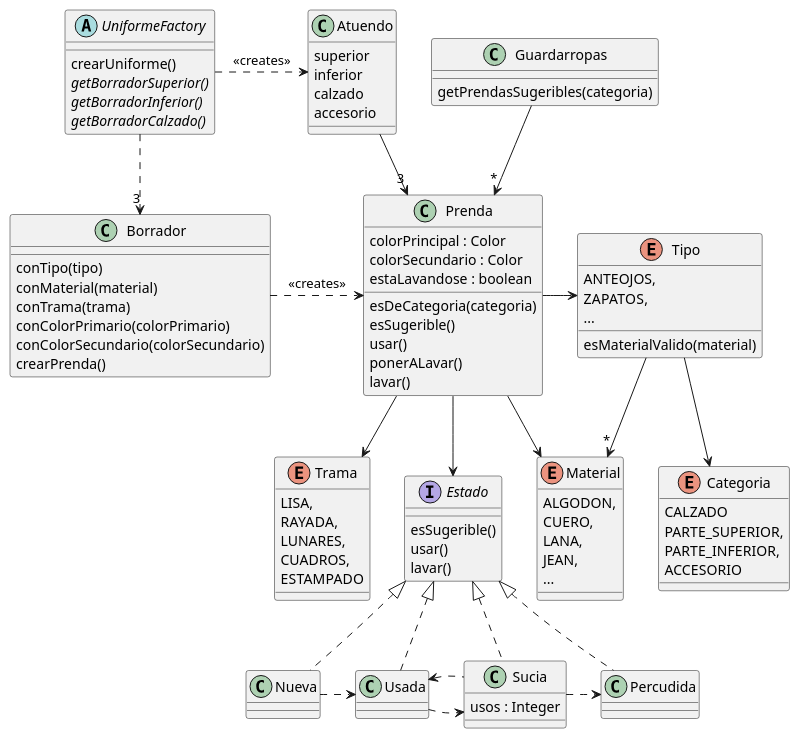
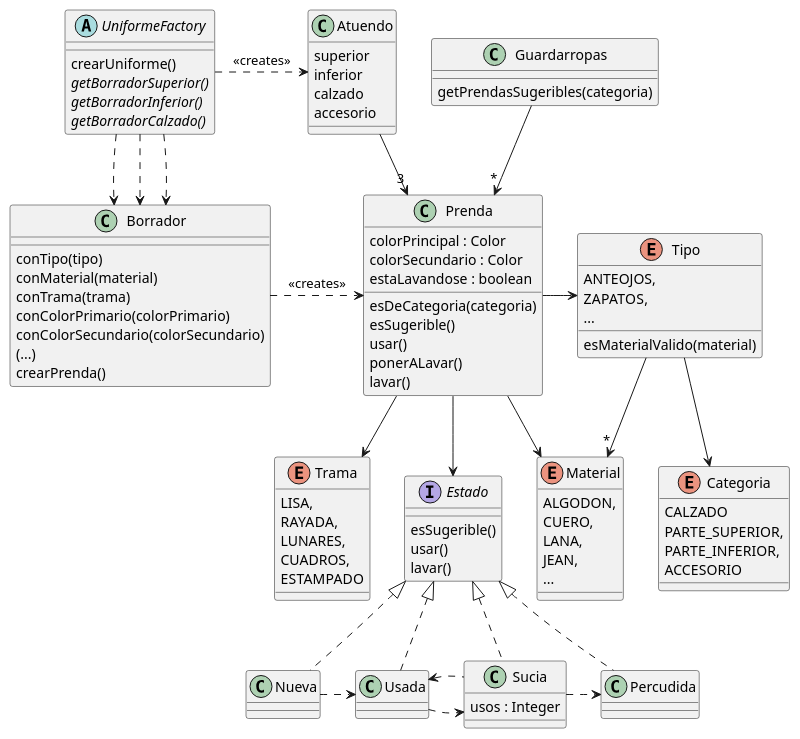
The diagram in docs/diagramas/iteracion-3.puml (RaniAgus/dds-2022), drawn with PlantUML before and after one commit. The commit also changed 1 other file, not shown here.

Commit message:
minor changes en diagramas

```diff
--- a/docs/diagramas/iteracion-3.puml
+++ b/docs/diagramas/iteracion-3.puml
@@ -1,108 +1,111 @@
 @startuml iteracion-3
 
 class Guardarropas {
   getPrendasSugeribles(categoria)
 }
 
 Guardarropas --> "*" Prenda
 
 abstract UniformeFactory {
   crearUniforme()
   {abstract} getBorradorSuperior()
   {abstract} getBorradorInferior()
   {abstract} getBorradorCalzado()
 }
 
 UniformeFactory .right.> Atuendo : <<creates>>
-UniformeFactory ..> "3" Borrador
+UniformeFactory ..> Borrador
+UniformeFactory ..> Borrador
+UniformeFactory ..> Borrador
 
 class Atuendo {
    superior
    inferior
    calzado
    accesorio
 }
 
 Atuendo --> "3" Prenda
 
 class Borrador {
   conTipo(tipo)
   conMaterial(material)
   conTrama(trama)
   conColorPrimario(colorPrimario)
   conColorSecundario(colorSecundario)
+  (...)
   crearPrenda()
 }
 
 Borrador .right.> Prenda : <<creates>>
 
 class Prenda {
  colorPrincipal : Color
  colorSecundario : Color
  estaLavandose : boolean
  esDeCategoria(categoria)
  esSugerible()
  usar()
  ponerALavar()
  lavar()
 }
 
 Prenda -right-> Tipo
 Prenda --> Material
 Prenda --> Trama
 Prenda --> Estado
 
 enum Material {
   ALGODON,
   CUERO,
   LANA,
   JEAN,
   ...
 }
 
 enum Trama {
   LISA,
   RAYADA,
   LUNARES,
   CUADROS,
   ESTAMPADO
 }
 
 enum Tipo {
   ANTEOJOS,
   ZAPATOS,
   ...
   esMaterialValido(material)
 }
 
 Tipo --> "*" Material
 Tipo --> Categoria
 
 enum Categoria {
   CALZADO
   PARTE_SUPERIOR,
   PARTE_INFERIOR,
   ACCESORIO
 }
 
 interface Estado {
  esSugerible()
  usar()
  lavar()
 }
 
 Estado <|.. Nueva
 Estado <|.. Usada
 Estado <|.. Sucia
 Estado <|.. Percudida
 
 Nueva .right.> Usada
 Usada .right.> Sucia
 Sucia .left.> Usada
 Sucia .right.> Percudida
 
 class Sucia {
   usos : Integer
 }
 
 @enduml
```
